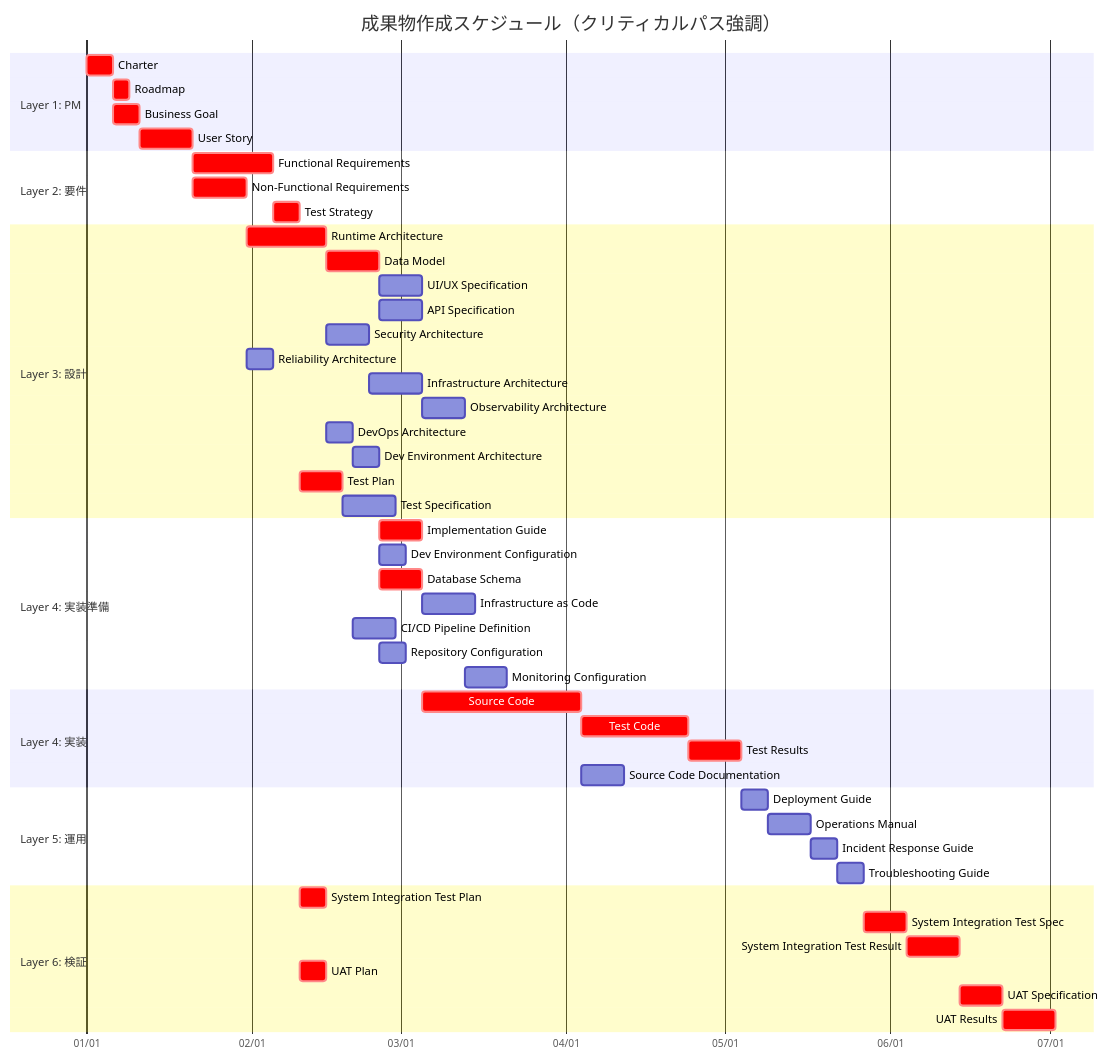
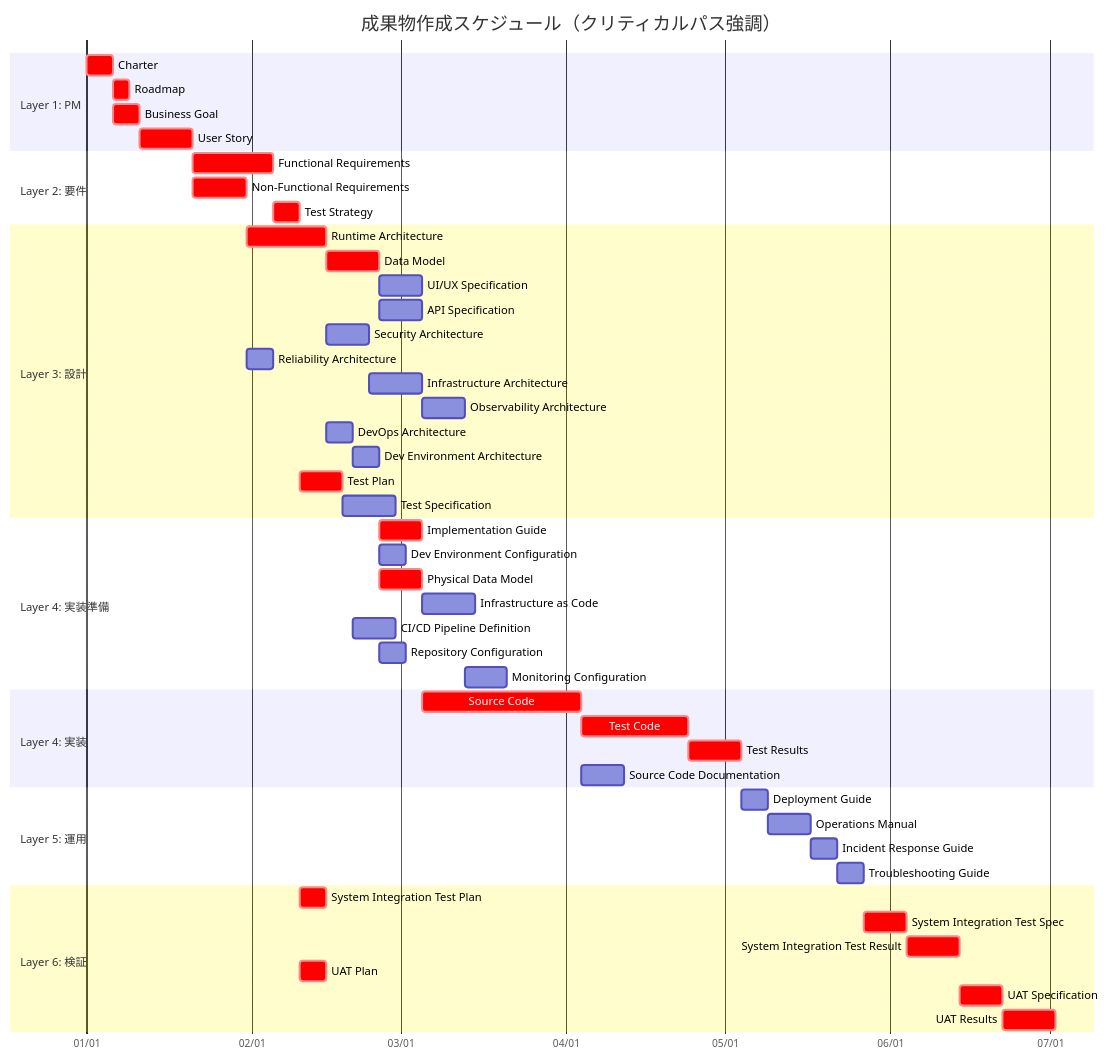
Before and after one commit to mahitotsu/ukiyoue: diagram 15 of 15 in specs/artifact-relationships.md, drawn with Mermaid. The commit also changed other lines of this file and 27 other files, not shown here.

````diff
--- a/specs/artifact-relationships.md
+++ b/specs/artifact-relationships.md
@@ -592,60 +607,60 @@
 ```mermaid
 gantt
     title 成果物作成スケジュール（クリティカルパス強調）
     dateFormat YYYY-MM-DD
     axisFormat %m/%d
 
     section Layer 1: PM
     Charter                       :crit, charter, 2025-01-01, 5d
     Roadmap                       :crit, roadmap, after charter, 3d
     Business Goal                 :crit, bizgoal, after charter, 5d
     User Story                    :crit, userstory, after bizgoal, 10d
 
     section Layer 2: 要件
     Functional Requirements       :crit, func, after userstory, 15d
     Non-Functional Requirements   :crit, nonfunc, after bizgoal userstory, 10d
     Test Strategy                 :crit, teststrat, after func nonfunc, 5d
 
     section Layer 3: 設計
     Runtime Architecture          :crit, runtime, after nonfunc, 15d
     Data Model                    :crit, datamodel, after func runtime, 10d
     UI/UX Specification           :ui, after func datamodel, 8d
     API Specification             :api, after runtime datamodel, 8d
     Security Architecture         :security, after nonfunc runtime, 8d
     Reliability Architecture      :reliability, after nonfunc, 5d
     Infrastructure Architecture   :infra, after reliability runtime security, 10d
     Observability Architecture    :observ, after runtime infra reliability, 8d
     DevOps Architecture           :devops, after runtime, 5d
     Dev Environment Architecture  :devenv, after runtime devops, 5d
     Test Plan                     :crit, testplan, after teststrat func nonfunc, 8d
     Test Specification            :testspec, after testplan func, 10d
 
     section Layer 4: 実装準備
     Implementation Guide          :crit, implguide, after runtime security devenv devops, 8d
     Dev Environment Configuration :devenvconf, after devenv, 5d
-    Database Schema               :crit, dbschema, after datamodel, 8d
+    Physical Data Model           :crit, physicaldata, after datamodel, 8d
     Infrastructure as Code        :iac, after infra, 10d
     CI/CD Pipeline Definition     :pipeline, after devops, 8d
     Repository Configuration      :repo, after devops devenv, 5d
     Monitoring Configuration      :monitoring, after observ, 8d
 
     section Layer 4: 実装
-    Source Code                   :crit, code, after func implguide ui api dbschema repo devenvconf, 30d
+    Source Code                   :crit, code, after func implguide ui api physicaldata repo devenvconf, 30d
     Test Code                     :crit, testcode, after testspec code, 20d
     Test Results                  :crit, testresult, after testcode, 10d
     Source Code Documentation     :codedoc, after code, 8d
 
     section Layer 5: 運用
     Deployment Guide              :deploy, after iac pipeline testresult, 5d
     Operations Manual             :manual, after deploy monitoring testresult, 8d
     Incident Response Guide       :incident, after observ manual, 5d
     Troubleshooting Guide         :trouble, after codedoc incident, 5d
 
     section Layer 6: 検証
     System Integration Test Plan  :crit, sitplan, after teststrat func nonfunc, 5d
     System Integration Test Spec  :crit, sitspec, after sitplan func deploy manual incident trouble, 8d
     System Integration Test Result :crit, sitresult, after sitspec, 10d
     UAT Plan                      :crit, uatplan, after teststrat biz func, 5d
     UAT Specification             :crit, uatspec, after uatplan biz func sitresult, 8d
     UAT Results                   :crit, uatresult, after uatspec, 10d
 ```
````
